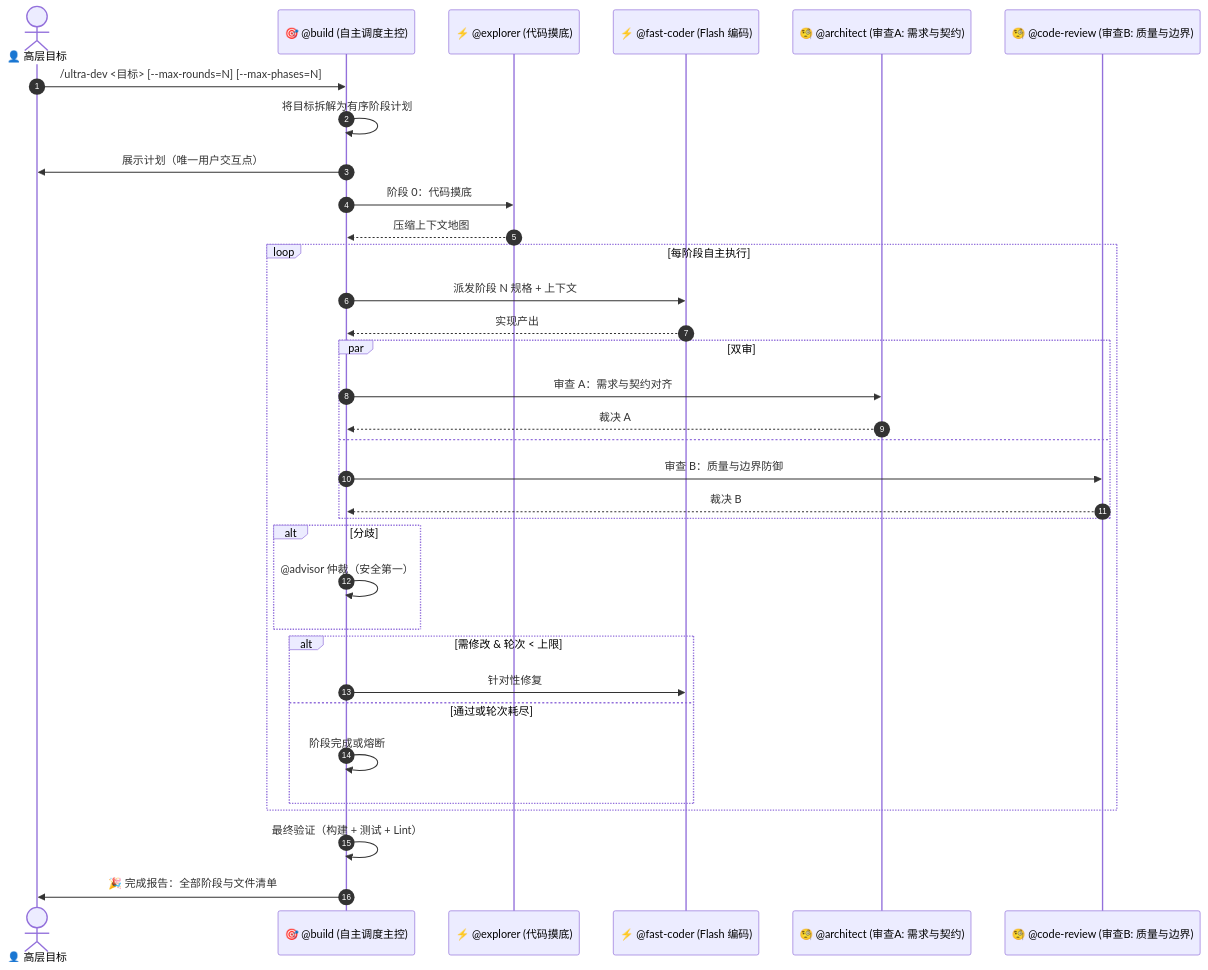
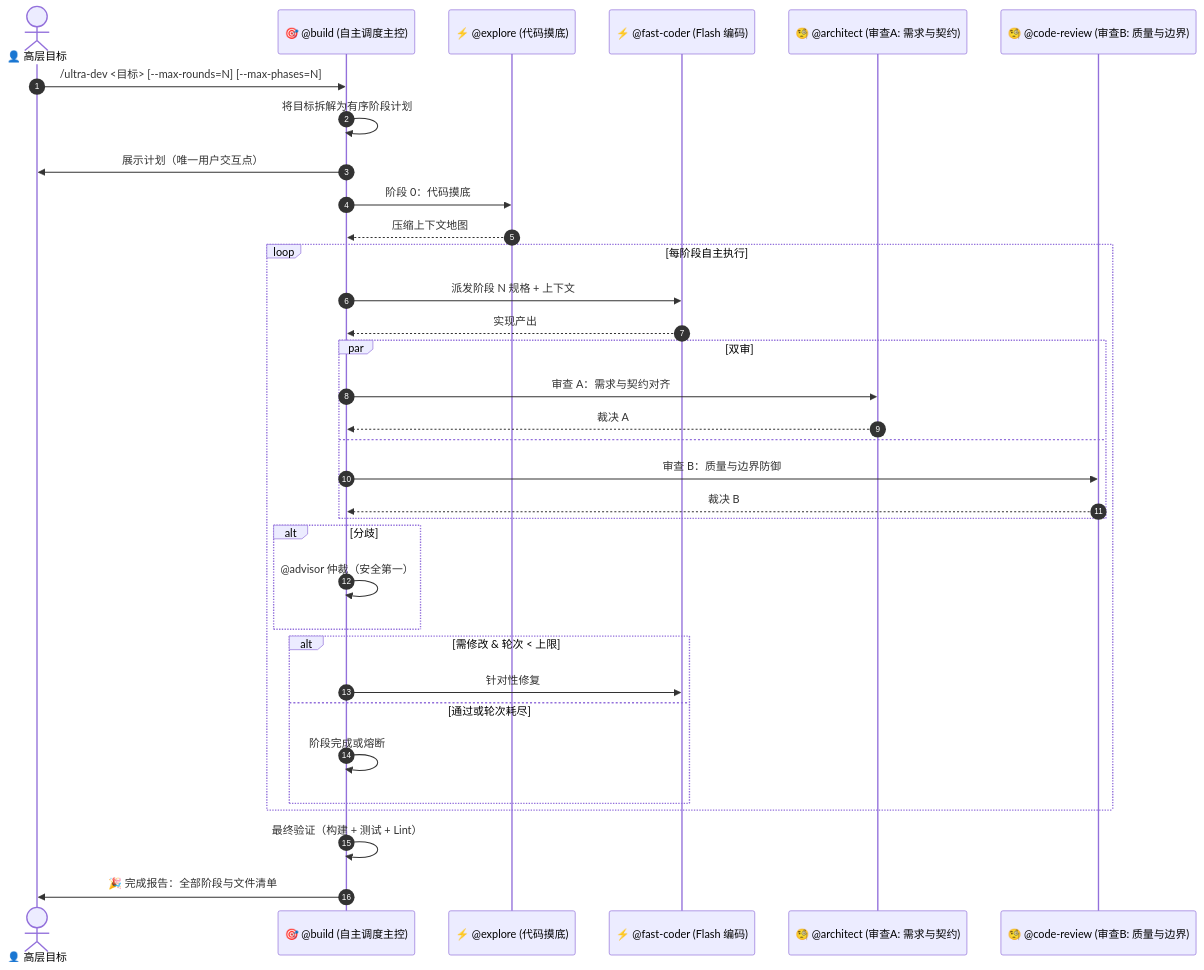
Before and after one commit to kenlin8827/opencode-config: the first of 2 diagrams in docs/zh/workflows/dev-loops.md, drawn with Mermaid. The commit also changed other lines of this file and 34 other files, not shown here.

````diff
--- a/docs/zh/workflows/dev-loops.md
+++ b/docs/zh/workflows/dev-loops.md
@@ -77,40 +77,40 @@
 ```mermaid
 sequenceDiagram
     autonumber
     actor User as 👤 高层目标
     participant Build as 🎯 @build (自主调度主控)
-    participant Explorer as ⚡ @explorer (代码摸底)
+    participant Explorer as ⚡ @explore (代码摸底)
     participant FastCoder as ⚡ @fast-coder (Flash 编码)
     participant Arch as 🧐 @architect (审查A: 需求与契约)
     participant CR as 🧐 @code-review (审查B: 质量与边界)
 
     User->>Build: /ultra-dev <目标> [--max-rounds=N] [--max-phases=N]
     Build->>Build: 将目标拆解为有序阶段计划
     Build->>User: 展示计划（唯一用户交互点）
 
     Build->>Explorer: 阶段 0：代码摸底
     Explorer-->>Build: 压缩上下文地图
 
     loop 每阶段自主执行
         Build->>FastCoder: 派发阶段 N 规格 + 上下文
         FastCoder-->>Build: 实现产出
         par 双审
             Build->>Arch: 审查 A：需求与契约对齐
             Arch-->>Build: 裁决 A
         and
             Build->>CR: 审查 B：质量与边界防御
             CR-->>Build: 裁决 B
         end
         alt 分歧
             Build->>Build: @advisor 仲裁（安全第一）
         end
         alt 需修改 & 轮次 < 上限
             Build->>FastCoder: 针对性修复
         else 通过或轮次耗尽
             Build->>Build: 阶段完成或熔断
         end
     end
 
     Build->>Build: 最终验证（构建 + 测试 + Lint）
     Build->>User: 🎉 完成报告：全部阶段与文件清单
 ```
````
